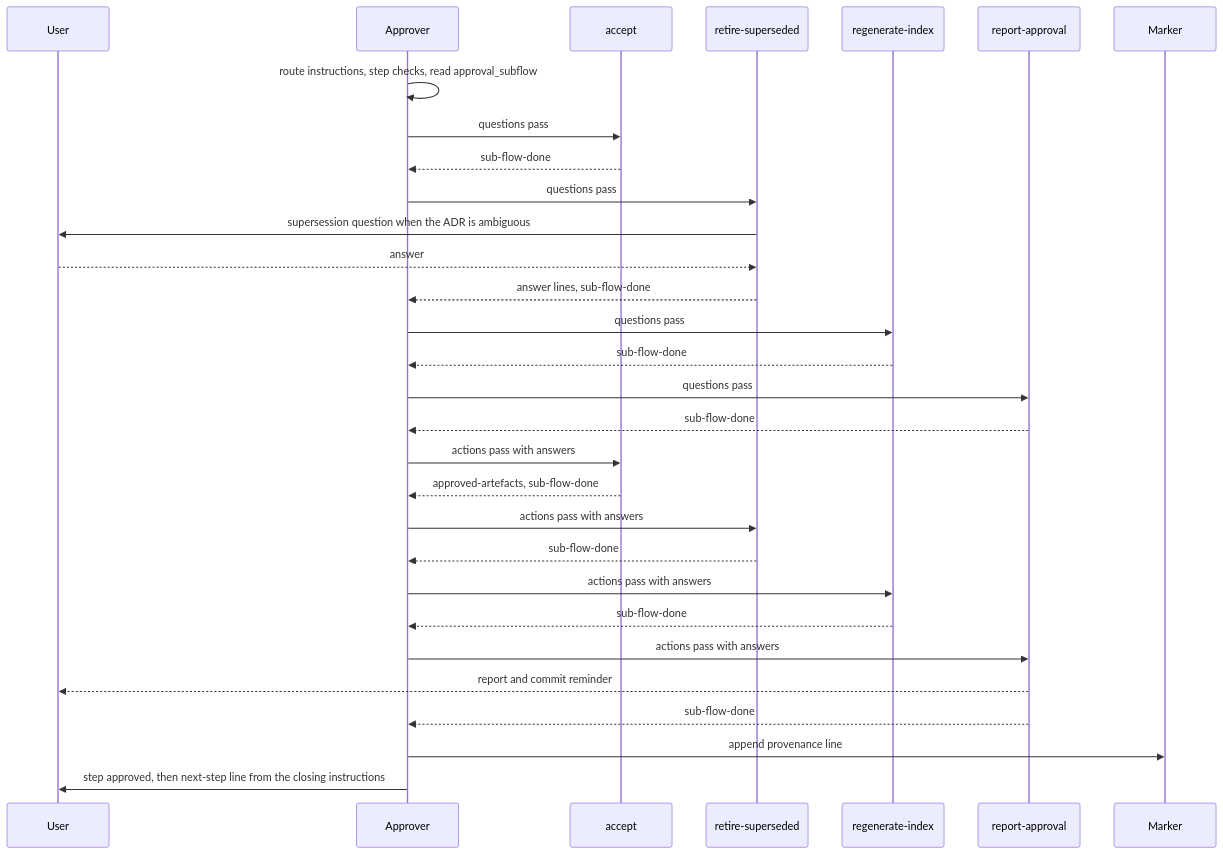
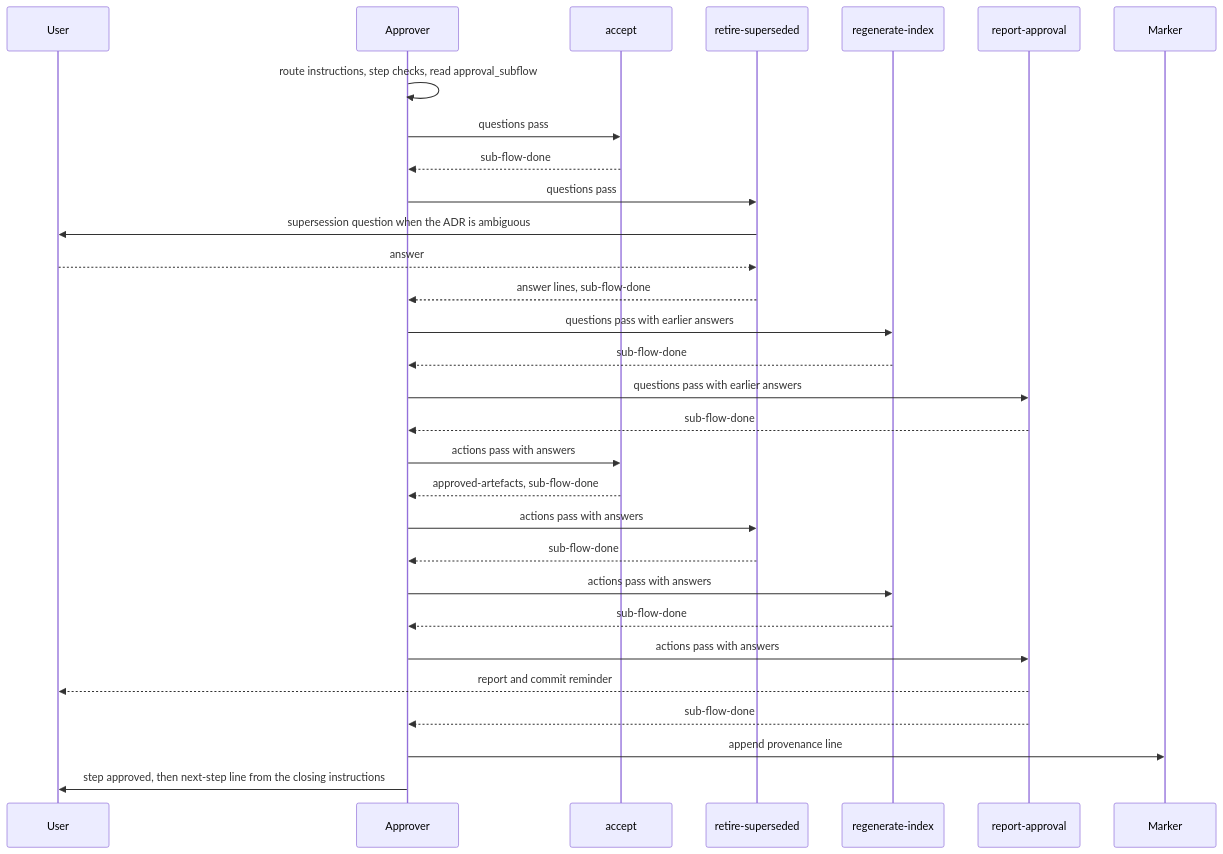
The first of 2 diagrams in docs/adr/0090-approval-sub-flows.md (BrighterCommand/Brighter), drawn with Mermaid before and after one commit. The commit also changed other lines of this file, not shown here.

````diff
--- a/docs/adr/0090-approval-sub-flows.md
+++ b/docs/adr/0090-approval-sub-flows.md
@@ -116,32 +117,32 @@
 ```mermaid
 sequenceDiagram
     participant U as User
     participant AP as Approver
     participant AC as accept
     participant RS as retire-superseded
     participant RI as regenerate-index
     participant RP as report-approval
     participant MK as Marker
     AP->>AP: route instructions, step checks, read approval_subflow
     AP->>AC: questions pass
     AC-->>AP: sub-flow-done
     AP->>RS: questions pass
     RS->>U: supersession question when the ADR is ambiguous
     U-->>RS: answer
     RS-->>AP: answer lines, sub-flow-done
-    AP->>RI: questions pass
+    AP->>RI: questions pass with earlier answers
     RI-->>AP: sub-flow-done
-    AP->>RP: questions pass
+    AP->>RP: questions pass with earlier answers
     RP-->>AP: sub-flow-done
     AP->>AC: actions pass with answers
     AC-->>AP: approved-artefacts, sub-flow-done
     AP->>RS: actions pass with answers
     RS-->>AP: sub-flow-done
     AP->>RI: actions pass with answers
     RI-->>AP: sub-flow-done
     AP->>RP: actions pass with answers
     RP-->>U: report and commit reminder
     RP-->>AP: sub-flow-done
     AP->>MK: append provenance line
     AP->>U: step approved, then next-step line from the closing instructions
 ```
````
